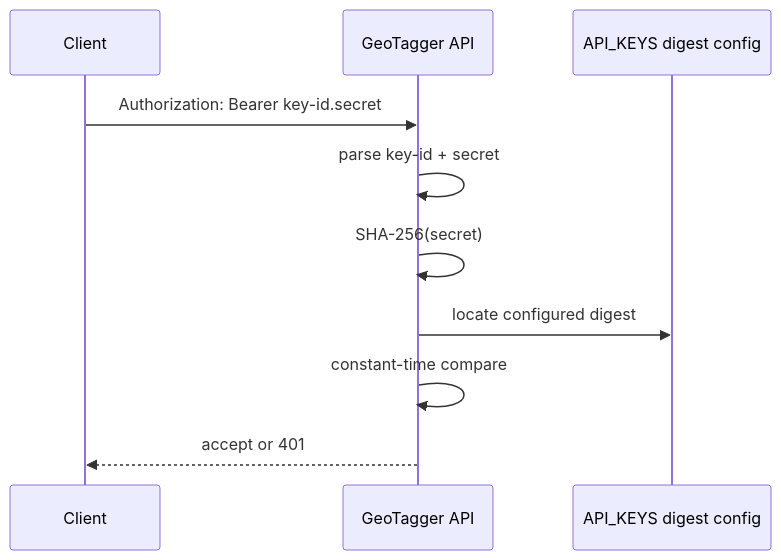
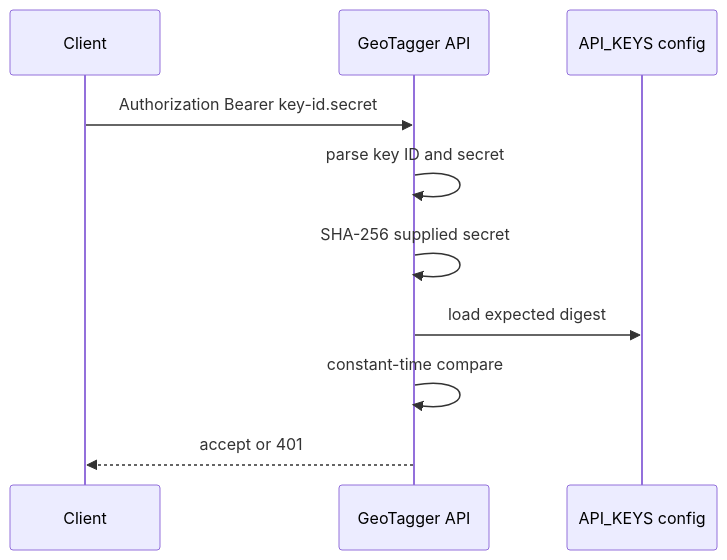
Before and after one commit to Jstarzz/geotagger: the fourth of 9 diagrams in docs/PROJECT_OVERVIEW.md, drawn with Mermaid. The commit also changed other lines of this file, not shown here.

Commit message:
docs: tighten project overview and sanitize diagrams

````diff
--- a/docs/PROJECT_OVERVIEW.md
+++ b/docs/PROJECT_OVERVIEW.md
@@ -412,13 +284,12 @@
 ```mermaid
 sequenceDiagram
     participant C as Client
-    participant API as GeoTagger API
-    participant CFG as API_KEYS digest config
-
-    C->>API: Authorization: Bearer key-id.secret
-    API->>API: parse key-id + secret
-    API->>API: SHA-256(secret)
-    API->>CFG: locate configured digest
-    API->>API: constant-time compare
-    API-->>C: accept or 401
+    participant A as GeoTagger API
+    participant S as API_KEYS config
+    C->>A: Authorization Bearer key-id.secret
+    A->>A: parse key ID and secret
+    A->>A: SHA-256 supplied secret
+    A->>S: load expected digest
+    A->>A: constant-time compare
+    A-->>C: accept or 401
 ```
````
